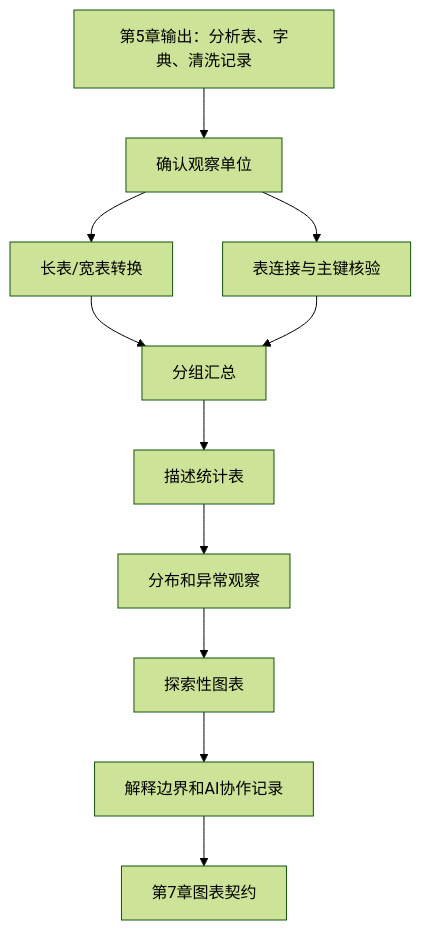
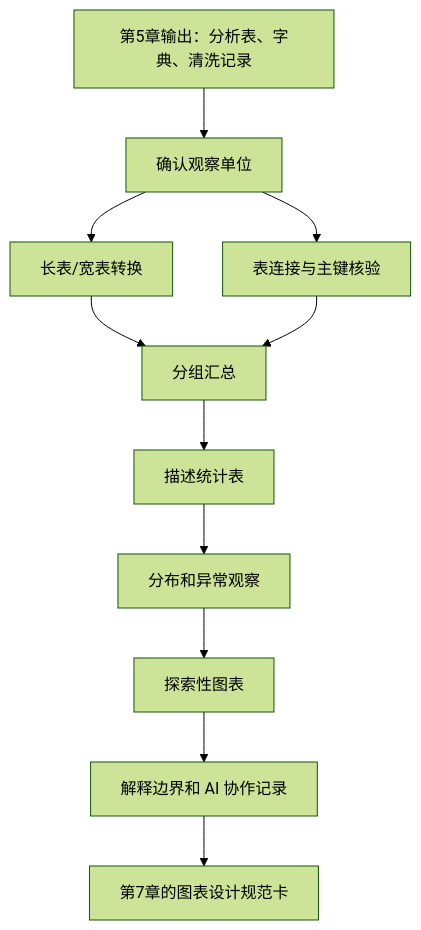
The first of 2 diagrams in docs/chapters/chapter-6/index.md (luvega/AI_MED_DataVis), drawn with Mermaid (forest theme) before and after one commit. The commit also changed other lines of this file and 84 other files, not shown here.

````diff
--- a/docs/chapters/chapter-6/index.md
+++ b/docs/chapters/chapter-6/index.md
@@ -36,13 +36,13 @@
 ```mermaid
 flowchart TD
   A["第5章输出：分析表、字典、清洗记录"] --> B["确认观察单位"]
   B --> C["长表/宽表转换"]
   B --> D["表连接与主键核验"]
   C --> E["分组汇总"]
   D --> E
   E --> F["描述统计表"]
   F --> G["分布和异常观察"]
   G --> H["探索性图表"]
-  H --> I["解释边界和AI协作记录"]
-  I --> J["第7章图表契约"]
+  H --> I["解释边界和 AI 协作记录"]
+  I --> J["第7章的图表设计规范卡"]
 ```
````
